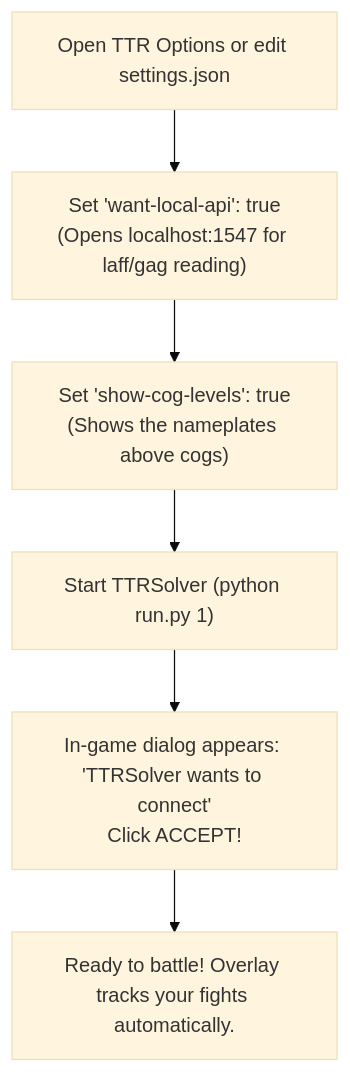
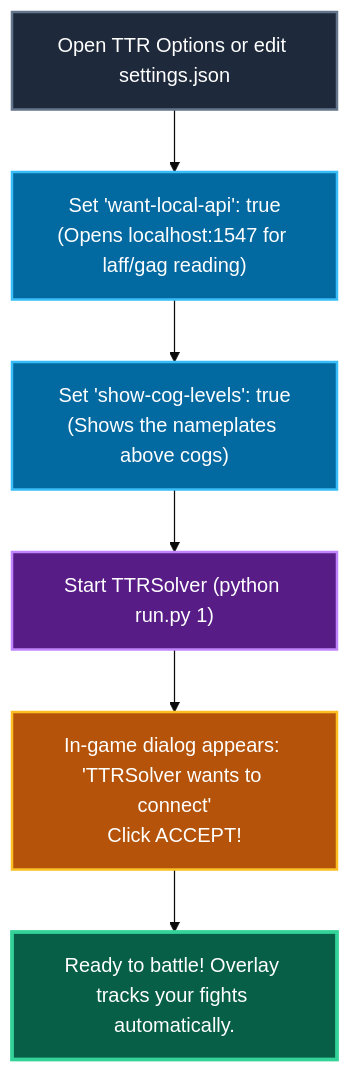
Before and after one commit to Angle-Brackets/TTRSolver: the second of 5 diagrams in docs/user-guide.md, drawn with Mermaid (base theme). The commit also changed other lines of this file and 9 other files, not shown here.

Commit message:
docs: color-code all Mermaid diagrams with distinct visual themes

````diff
--- a/docs/user-guide.md
+++ b/docs/user-guide.md
@@ -116,8 +126,20 @@
 ```mermaid
 flowchart TD
+    classDef stepNode fill:#1e293b,stroke:#64748b,stroke-width:2px,color:#ffffff
+    classDef optNode fill:#0369a1,stroke:#38bdf8,stroke-width:2px,color:#ffffff
+    classDef runNode fill:#581c87,stroke:#c084fc,stroke-width:2px,color:#ffffff
+    classDef modalNode fill:#b45309,stroke:#fbbf24,stroke-width:2px,color:#ffffff
+    classDef readyNode fill:#065f46,stroke:#34d399,stroke-width:3px,color:#ffffff
+
     A["Open TTR Options or edit settings.json"] --> B["Set 'want-local-api': true<br/>(Opens localhost:1547 for laff/gag reading)"]
     B --> C["Set 'show-cog-levels': true<br/>(Shows the nameplates above cogs)"]
     C --> D["Start TTRSolver (python run.py 1)"]
     D --> E["In-game dialog appears: 'TTRSolver wants to connect'<br/>Click ACCEPT!"]
     E --> F["Ready to battle! Overlay tracks your fights automatically."]
+
+    class A stepNode
+    class B,C optNode
+    class D runNode
+    class E modalNode
+    class F readyNode
 ```
````
